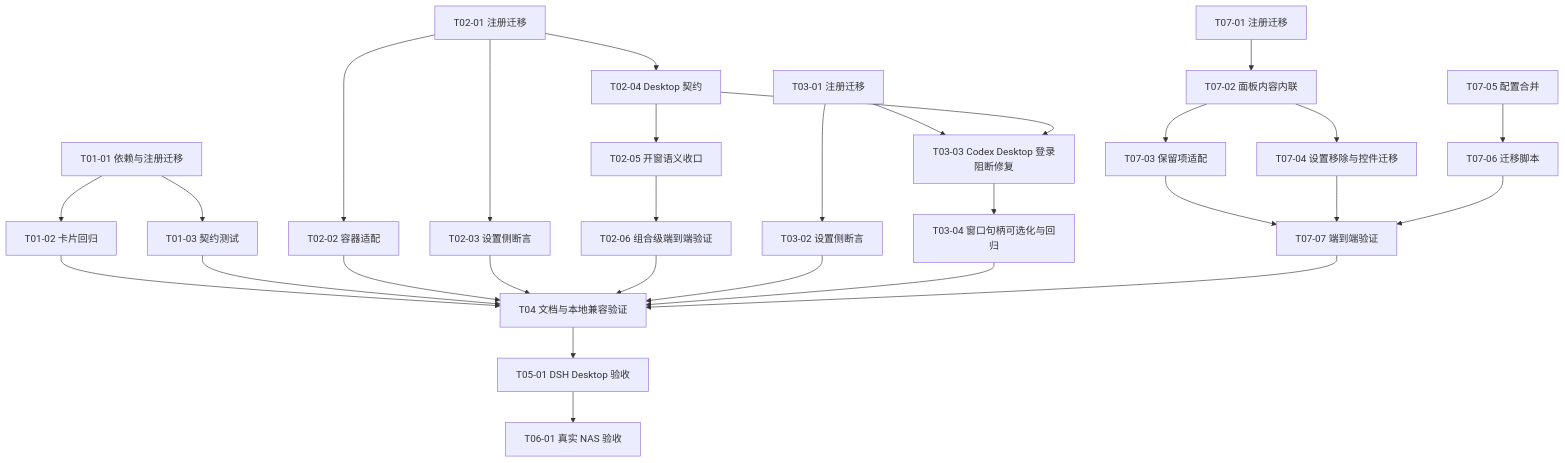
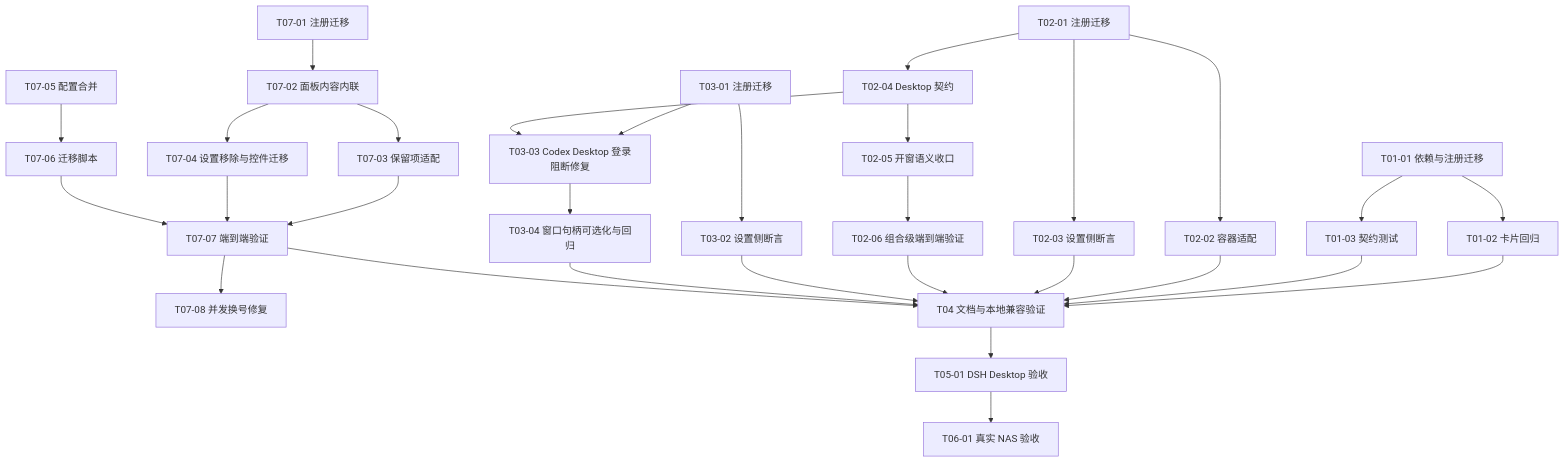
Before and after one commit to FNOSP/fnos-dsh: the third of 3 diagrams in docs/plans/PLAN-FNOS-008-plugin-config-in-plugin-manager.md, drawn with Mermaid. The commit also changed other lines of this file and 6 other files, not shown here.

````diff
--- a/docs/plans/PLAN-FNOS-008-plugin-config-in-plugin-manager.md
+++ b/docs/plans/PLAN-FNOS-008-plugin-config-in-plugin-manager.md
@@ -240,31 +241,32 @@
 ```mermaid
 flowchart TD
     T01a[T01-01 依赖与注册迁移] --> T01b[T01-02 卡片回归]
     T01a --> T01c[T01-03 契约测试]
     T02a[T02-01 注册迁移] --> T02b[T02-02 容器适配]
     T02a --> T02c[T02-03 设置侧断言]
     T02a --> T02d[T02-04 Desktop 契约]
     T02d --> T02e[T02-05 开窗语义收口]
     T02e --> T02f[T02-06 组合级端到端验证]
     T03a[T03-01 注册迁移] --> T03b[T03-02 设置侧断言]
     T03a --> T03c[T03-03 Codex Desktop 登录阻断修复]
     T02d --> T03c
     T03c --> T03d[T03-04 窗口句柄可选化与回归]
     T07a[T07-01 注册迁移] --> T07b[T07-02 面板内容内联]
     T07b --> T07c[T07-03 保留项适配]
     T07b --> T07d[T07-04 设置移除与控件迁移]
     T07e[T07-05 配置合并] --> T07f[T07-06 迁移脚本]
     T07c --> T07g[T07-07 端到端验证]
+    T07g --> T07h[T07-08 并发换号修复]
     T07d --> T07g
     T07f --> T07g
     T01b --> T04[T04 文档与本地兼容验证]
     T01c --> T04
     T02b --> T04
     T02c --> T04
     T02f --> T04
     T03b --> T04
     T03d --> T04
     T07g --> T04
     T04 --> T05[T05-01 DSH Desktop 验收]
     T05 --> T06[T06-01 真实 NAS 验收]
 ```
````
